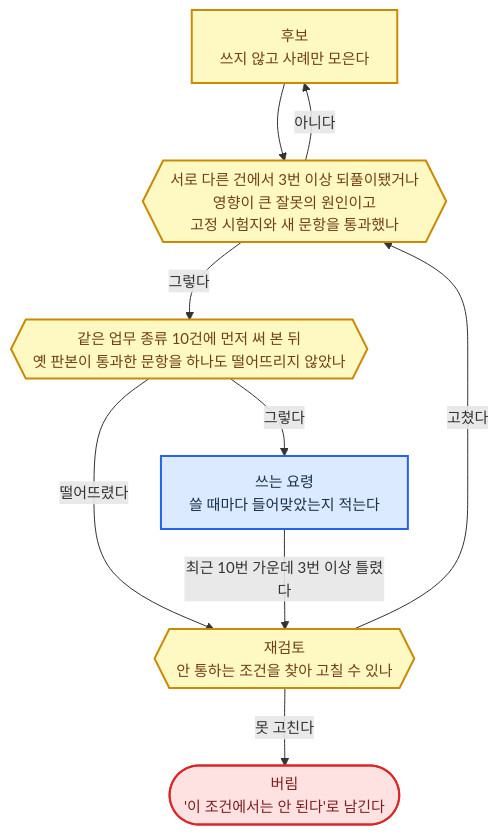
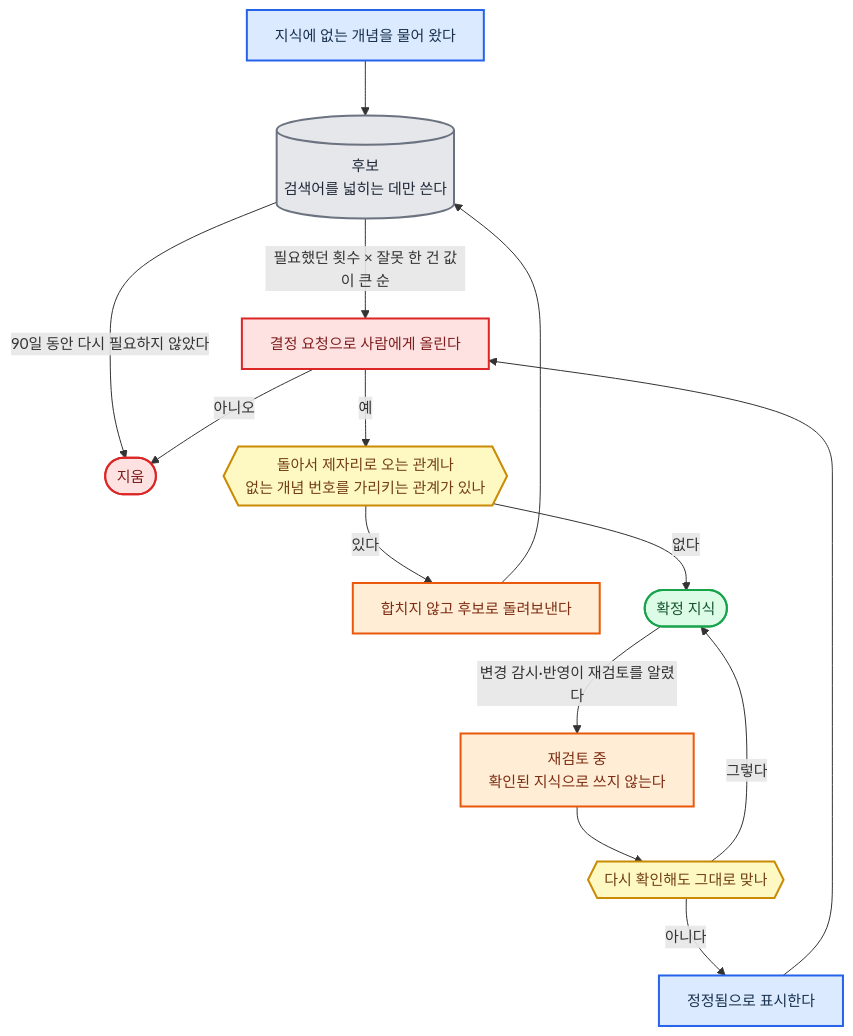
Before and after one commit to harisbaguette/expert: the seventh of 26 diagrams in 전문가 에이전트 정의 2.md, drawn with Mermaid. The commit also changed other lines of this file and 7 other files, not shown here.

````diff
--- a/전문가 에이전트 정의 2.md
+++ b/전문가 에이전트 정의 2.md
@@ -796,15 +874,20 @@
 ```mermaid
 %%{init: {"flowchart": {"wrappingWidth": 640, "curve": "basis", "nodeSpacing": 45, "rankSpacing": 55, "padding": 14, "useMaxWidth": true}, "themeVariables": {"fontSize": "15px"}} }%%
 flowchart TB
     classDef main fill:#dbeafe,stroke:#2563eb,stroke-width:2px,color:#17314f
     classDef stop fill:#fee2e2,stroke:#dc2626,stroke-width:2px,color:#7f1d1d
+    classDef back fill:#ffedd5,stroke:#ea580c,stroke-width:2px,color:#7c2d12
+    classDef store fill:#e5e7eb,stroke:#6b7280,stroke-width:2px,color:#1f2937
+    classDef good fill:#dcfce7,stroke:#16a34a,stroke-width:2px,color:#14532d
     classDef note fill:#fef9c3,stroke:#ca8a04,stroke-width:2px,color:#713f12
-    CAND["후보<br/>쓰지 않고 사례만 모은다"]:::note --> PASS{{"서로 다른 건에서 3번 이상 되풀이됐거나<br/>영향이 큰 잘못의 원인이고<br/>고정 시험지와 새 문항을 통과했나"}}:::note
-    PASS -- "아니다" --> CAND
-    PASS -- "그렇다" --> TRY{{"같은 업무 종류 10건에 먼저 써 본 뒤<br/>옛 판본이 통과한 문항을 하나도 떨어뜨리지 않았나"}}:::note
-    TRY -- "그렇다" --> LIVE["쓰는 요령<br/>쓸 때마다 들어맞았는지 적는다"]:::main
-    TRY -- "떨어뜨렸다" --> FIX
-    LIVE -- "최근 10번 가운데 3번 이상 틀렸다" --> FIX{{"재검토<br/>안 통하는 조건을 찾아 고칠 수 있나"}}:::note
-    FIX -- "고쳤다" --> PASS
-    FIX -- "못 고친다" --> DROP(["버림<br/>'이 조건에서는 안 된다'로 남긴다"]):::stop
+    ASK["지식에 없는 개념을 물어 왔다"]:::main --> CAND[("후보<br/>검색어를 넓히는 데만 쓴다")]:::store
+    CAND -- "필요했던 횟수 × 잘못 한 건 값이 큰 순" --> REQ["결정 요청으로 사람에게 올린다"]:::stop
+    CAND -- "90일 동안 다시 필요하지 않았다" --> DEL(["지움"]):::stop
+    REQ -- "아니오" --> DEL
+    REQ -- "예" --> LOOP{{"돌아서 제자리로 오는 관계나<br/>없는 개념 번호를 가리키는 관계가 있나"}}:::note
+    LOOP -- "있다" --> NOMERGE["합치지 않고 후보로 돌려보낸다"]:::back --> CAND
+    LOOP -- "없다" --> FIX(["확정 지식"]):::good
+    FIX -- "변경 감시·반영이 재검토를 알렸다" --> REV["재검토 중<br/>확인된 지식으로 쓰지 않는다"]:::back --> CHK{{"다시 확인해도 그대로 맞나"}}:::note
+    CHK -- "그렇다" --> FIX
+    CHK -- "아니다" --> COR["정정됨으로 표시한다"]:::main --> REQ
 ```
````
